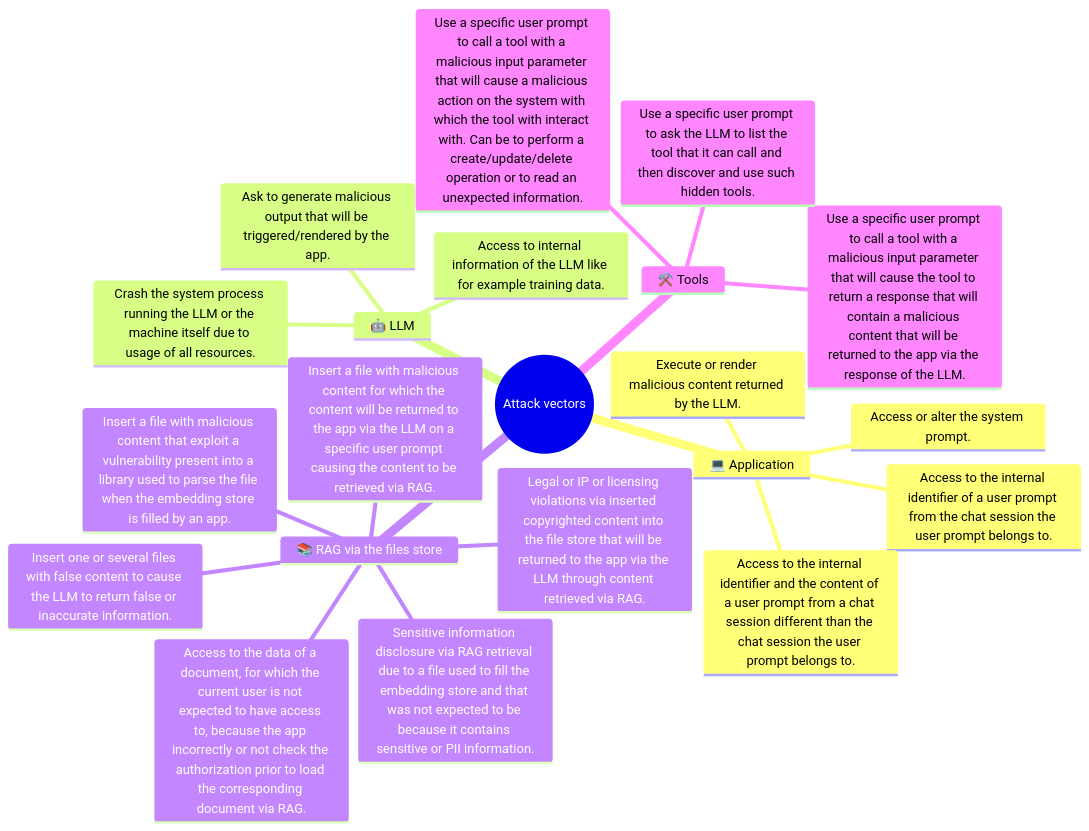
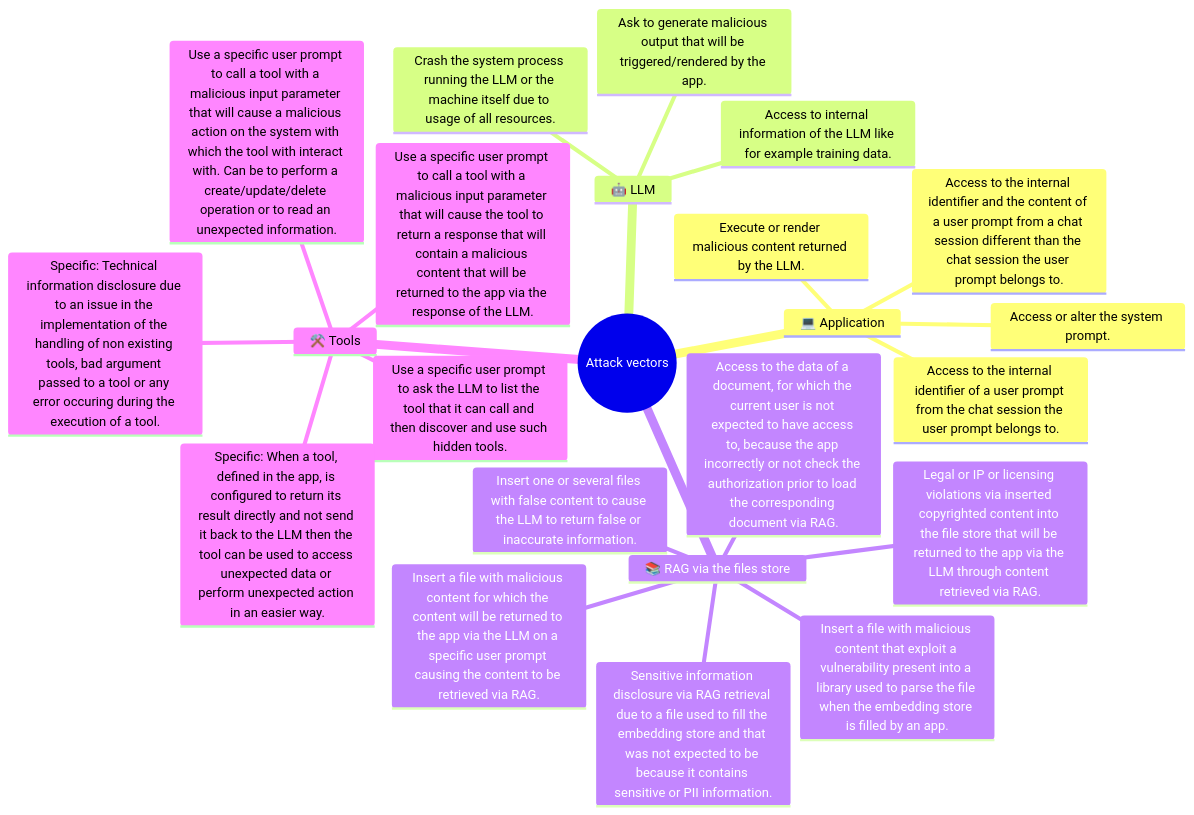
Before and after one commit to righettod/poc-llm: the diagram in README.md, drawn with Mermaid. The commit also changed other lines of this file and 4 other files, not shown here.

````diff
--- a/README.md
+++ b/README.md
@@ -51,24 +51,26 @@
 ```mermaid
 mindmap
   root((Attack vectors))
     💻 Application
         Access or alter the system prompt.
         Execute or render malicious content returned by the LLM.
         Access to the internal identifier of a user prompt from the chat session the user prompt belongs to.
         Access to the internal identifier and the content of a user prompt from a chat session different than the chat session the user prompt belongs to.
     🤖 LLM
         Access to internal information of the LLM like for example training data.
         Ask to generate malicious output that will be triggered/rendered by the app.
         Crash the system process running the LLM or the machine itself due to usage of all resources.
     📚 RAG via the files store
         Insert a file with malicious content for which the content will be returned to the app via the LLM on a specific user prompt causing the content to be retrieved via RAG.
         Insert a file with malicious content that exploit a vulnerability present into a library used to parse the file when the embedding store is filled by an app.
         Sensitive information disclosure via RAG retrieval due to a file used to fill the embedding store and that was not expected to be because it contains sensitive or PII information.
         Insert one or several files with false content to cause the LLM to return false or inaccurate information.
         Legal or IP or licensing violations via inserted copyrighted content into the file store that will be returned to the app via the LLM through content retrieved via RAG.
         Access to the data of a document, for which the current user is not expected to have access to, because the app incorrectly or not check the authorization prior to load the corresponding document via RAG.
     ⚒️ Tools
         Use a specific user prompt to call a tool with a malicious input parameter that will cause a malicious action on the system with which the tool with interact with. Can be to perform a create/update/delete operation or to read an unexpected information.
         Use a specific user prompt to call a tool with a malicious input parameter that will cause the tool to return a response that will contain a malicious content that will be returned to the app via the response of the LLM.
         Use a specific user prompt to ask the LLM to list the tool that it can call and then discover and use such hidden tools.
+        Specific: When a tool, defined in the app, is configured to return its result directly and not send it back to the LLM then the tool can be used to access unexpected data or perform unexpected action in an easier way.
+        Specific: Technical information disclosure due to an issue in the implementation of the handling of non existing tools, bad argument passed to a tool or any error occuring during the execution of a tool.
 ```
````
